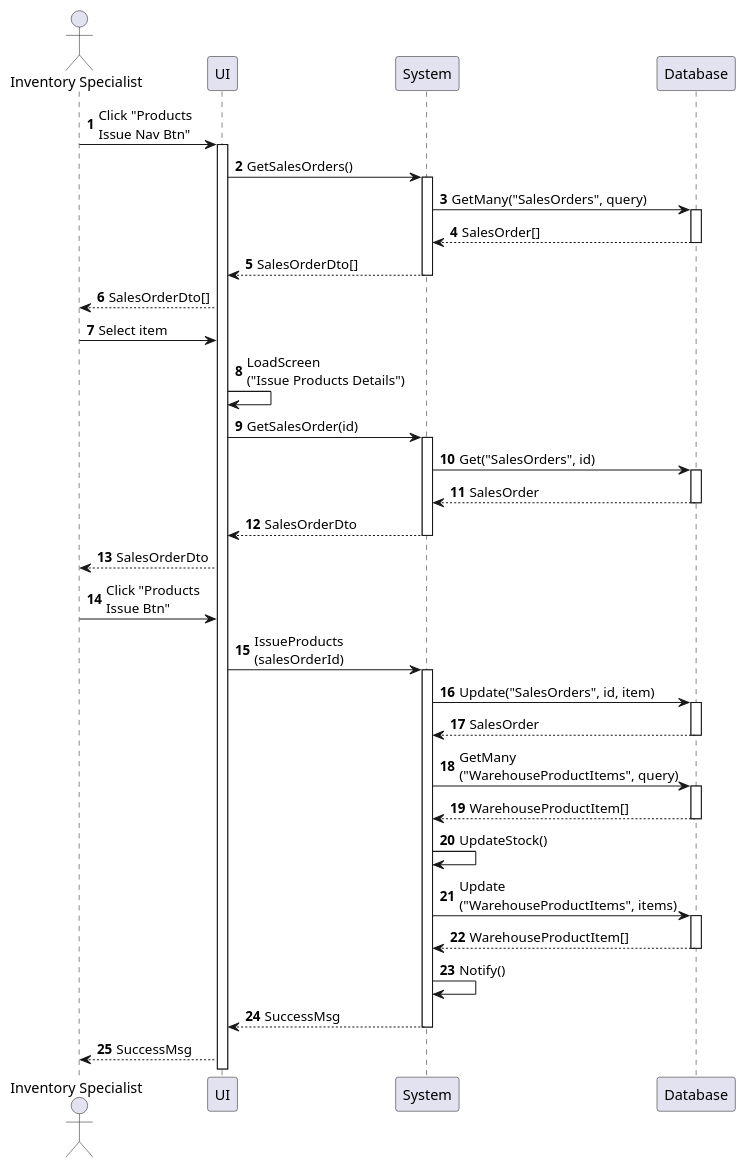
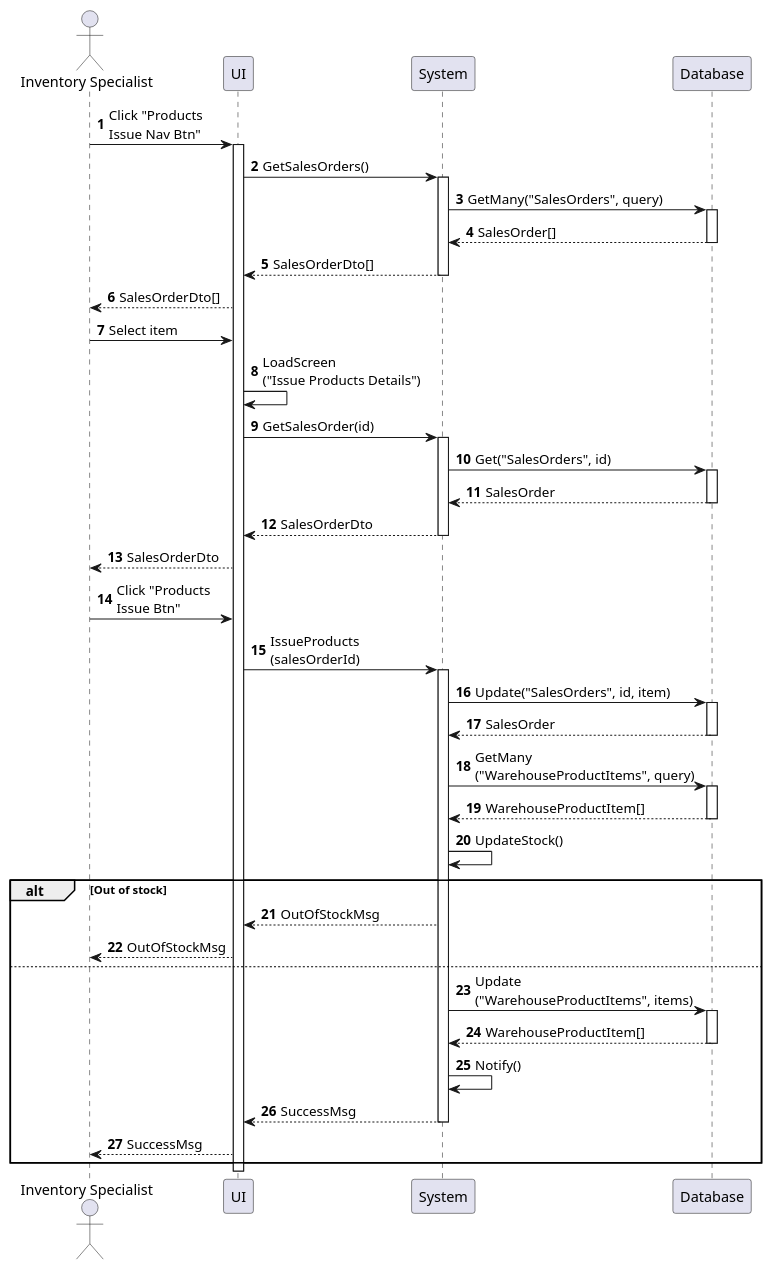
One commit to phihungha/scmss-reqs changed the diagram in sequences/inventory-product-issue.plantuml. Above: the diagram before and after it, drawn with PlantUML. The commit also changed 3 other files, not shown here.

Commit message:
Add out of stock message for issue use cases

```diff
--- a/sequences/inventory-product-issue.plantuml
+++ b/sequences/inventory-product-issue.plantuml
@@ -1,43 +1,49 @@
 @startuml inventory-product-issue
 autonumber
 
 actor "Inventory Specialist" as a
 participant UI as f
 participant System as b
 participant Database as d
 
 a -> f : Click "Products\nIssue Nav Btn"
 activate f
 f -> b : GetSalesOrders()
 activate b
 b -> d : GetMany("SalesOrders", query)
 activate d
 return SalesOrder[]
 return SalesOrderDto[]
 f --> a : SalesOrderDto[]
 a -> f : Select item
 f -> f : LoadScreen\n("Issue Products Details")
 f -> b : GetSalesOrder(id)
 activate b
 b -> d : Get("SalesOrders", id)
 activate d
 return SalesOrder
 return SalesOrderDto
 f --> a : SalesOrderDto
 a -> f : Click "Products\nIssue Btn"
 f -> b : IssueProducts\n(salesOrderId)
 activate b
 b -> d : Update("SalesOrders", id, item)
 activate d
 return SalesOrder
 b -> d : GetMany\n("WarehouseProductItems", query)
 activate d
 return WarehouseProductItem[]
 b -> b : UpdateStock()
-b -> d : Update\n("WarehouseProductItems", items)
-activate d
-return WarehouseProductItem[]
-b -> b : Notify()
-return SuccessMsg
-f --> a : SuccessMsg
+
+alt Out of stock
+    b --> f : OutOfStockMsg
+    f --> a : OutOfStockMsg
+else
+    b -> d : Update\n("WarehouseProductItems", items)
+    activate d
+    return WarehouseProductItem[]
+    b -> b : Notify()
+    return SuccessMsg
+    f --> a : SuccessMsg
+end
 @enduml
```
